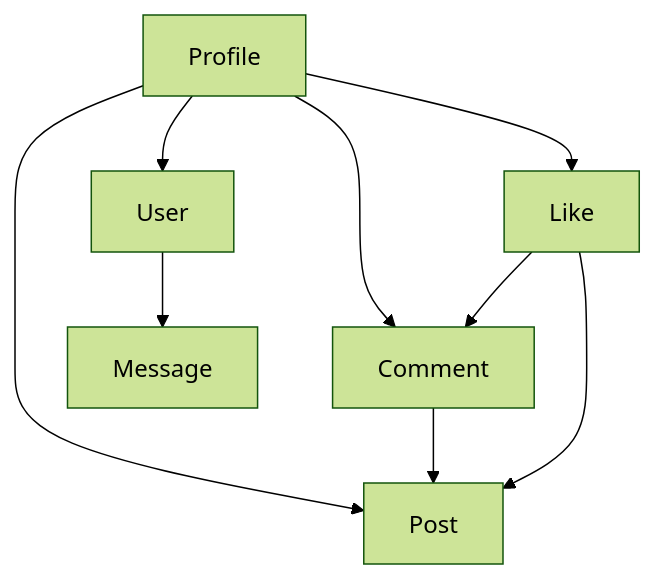
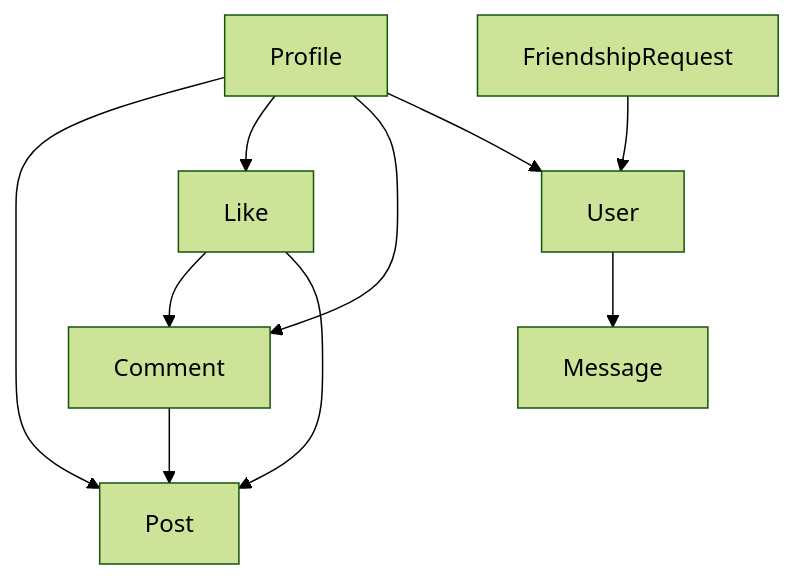
The diagram in class-diagram.mermaid (alabenkhlifa/SOA), drawn with Mermaid before and after one commit.

Commit message:
Adapted Class Diagram

```diff
--- a/class-diagram.mermaid
+++ b/class-diagram.mermaid
@@ -1,19 +1,20 @@
 ---
 config:
   theme: forest
 ---
 flowchart TD
     User
     Profile
     Comment
 
     Profile --> Post
     Profile --> Like
     Profile --> Comment
     Comment --> Post
     Like --> Comment
     Like --> Post
 
     Profile --> User
+    FriendshipRequest --> User
 
     User --> Message
```
